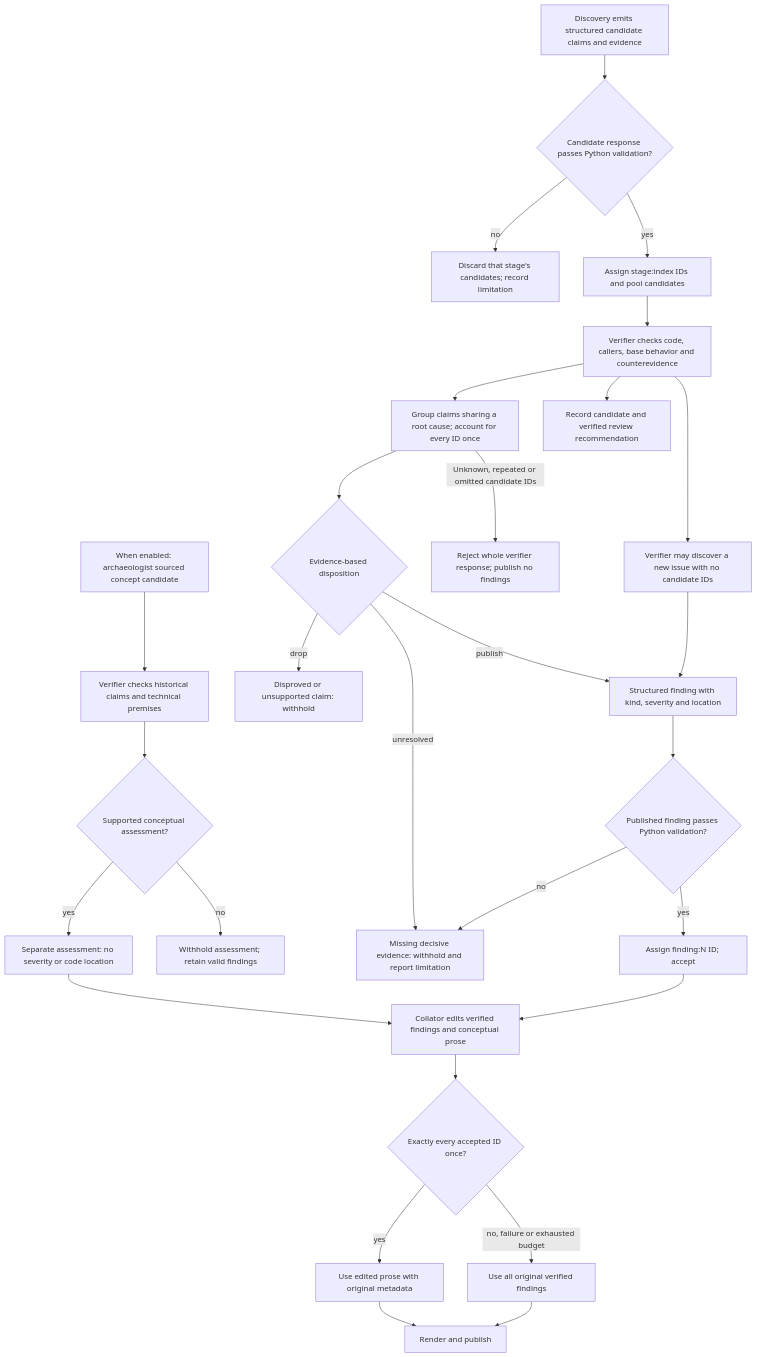
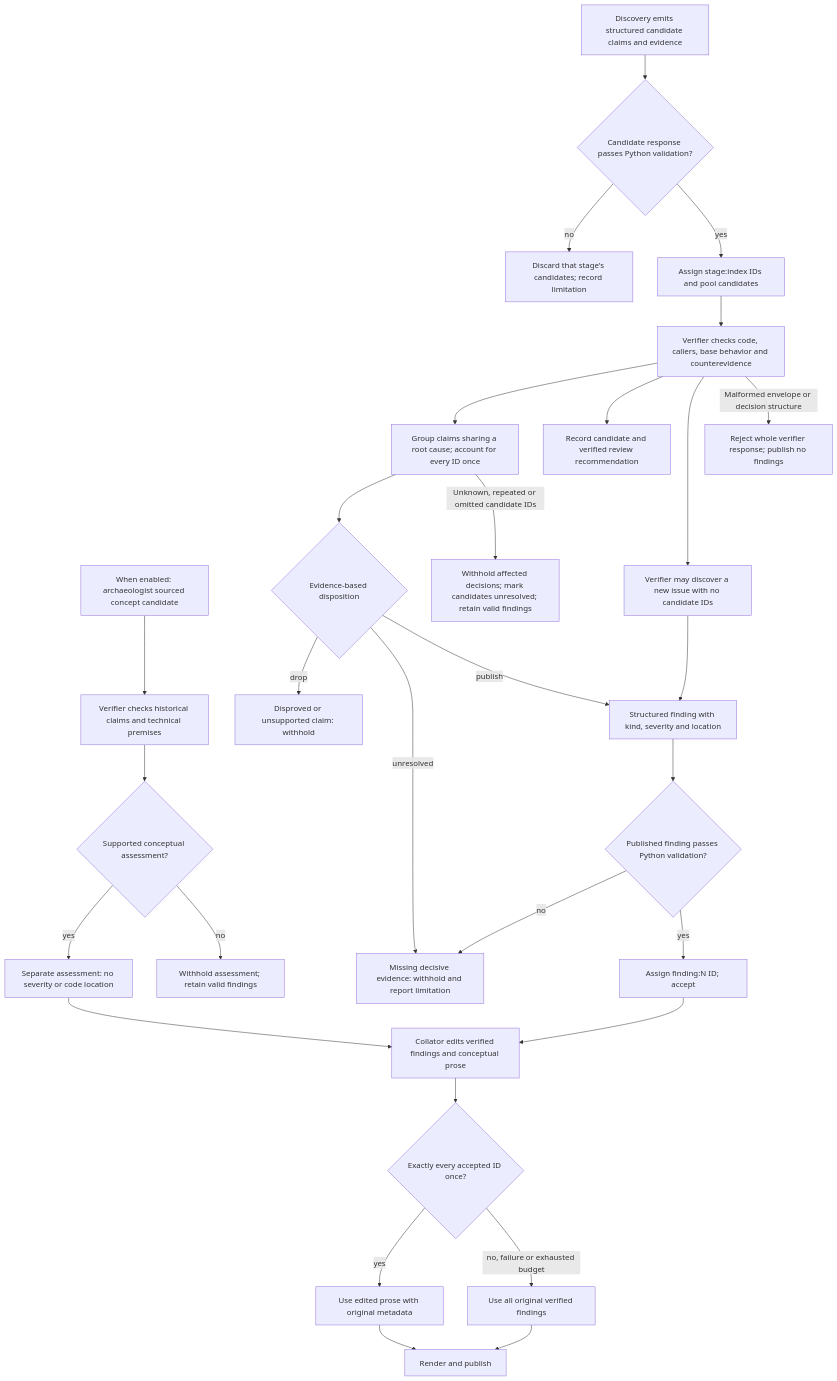
The third of 3 diagrams in pkgs/ralph/README.md (willcl-ark/nix), drawn with Mermaid before and after one commit. The commit also changed other lines of this file, not shown here.

First line of the commit message:
ralph: correct verifier recovery documentation

````diff
--- a/pkgs/ralph/README.md
+++ b/pkgs/ralph/README.md
@@ -321,30 +321,31 @@
 ```mermaid
 flowchart TD
     archaeology["When enabled: archaeologist sourced concept candidate"] --> conceptcheck["Verifier checks historical claims and technical premises"]
     conceptcheck --> conceptdecision{"Supported conceptual assessment?"}
     conceptdecision -->|yes| concept["Separate assessment: no severity or code location"]
     conceptdecision -->|no| withheld["Withhold assessment; retain valid findings"]
     concept --> edit
     discovery["Discovery emits structured candidate claims and evidence"] --> valid{"Candidate response passes Python validation?"}
     valid -->|no| failed["Discard that stage's candidates; record limitation"]
     valid -->|yes| pool["Assign stage:index IDs and pool candidates"]
     pool --> verifier["Verifier checks code, callers, base behavior and counterevidence"]
     verifier --> group["Group claims sharing a root cause; account for every ID once"]
     group --> decision{"Evidence-based disposition"}
     decision -->|drop| drop["Disproved or unsupported claim: withhold"]
     decision -->|unresolved| unresolved["Missing decisive evidence: withhold and report limitation"]
     decision -->|publish| finding["Structured finding with kind, severity and location"]
     finding --> check{"Published finding passes Python validation?"}
     check -->|no| unresolved
     check -->|yes| accepted["Assign finding:N ID; accept"]
     verifier --> reviewed["Record candidate and verified review recommendation"]
     verifier --> new["Verifier may discover a new issue with no candidate IDs"]
     new --> finding
     accepted --> edit["Collator edits verified findings and conceptual prose"]
     edit --> ids{"Exactly every accepted ID once?"}
     ids -->|yes| edited["Use edited prose with original metadata"]
     ids -->|"no, failure or exhausted budget"| fallback["Use all original verified findings"]
     edited --> final["Render and publish"]
     fallback --> final
-    group -->|"Unknown, repeated or omitted candidate IDs"| invalid["Reject whole verifier response; publish no findings"]
+    group -->|"Unknown, repeated or omitted candidate IDs"| invalid["Withhold affected decisions; mark candidates unresolved; retain valid findings"]
+    verifier -->|"Malformed envelope or decision structure"| rejected["Reject whole verifier response; publish no findings"]
 ```
````
